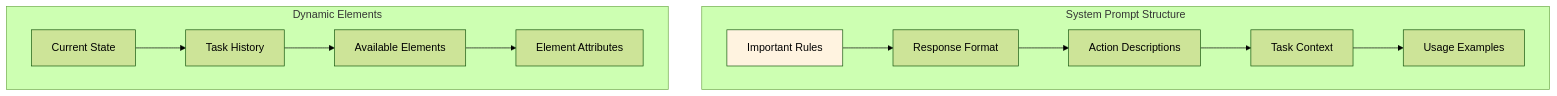
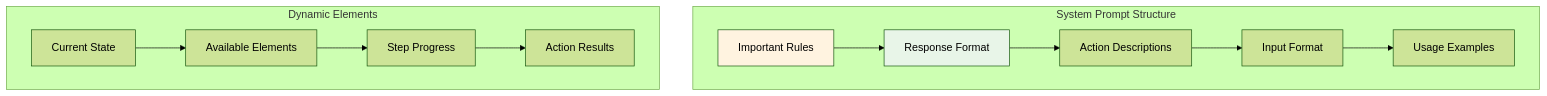
The fifth of 8 diagrams in docs/agent-implementation.md (Sathursan-S/Browser.AI), drawn with Mermaid (forest theme) before and after one commit. The commit also changed other lines of this file, not shown here.

````diff
--- a/docs/agent-implementation.md
+++ b/docs/agent-implementation.md
@@ -246,27 +290,28 @@
 ```mermaid
 graph TB
     subgraph "System Prompt Structure"
         Rules[Important Rules]
         Format[Response Format]
         Actions[Action Descriptions]
-        Context[Task Context]
+        Input[Input Format]
         Examples[Usage Examples]
     end
     
     subgraph "Dynamic Elements"
         State[Current State]
-        History[Task History]
         Elements[Available Elements]
-        Attributes[Element Attributes]
+        Progress[Step Progress]
+        Results[Action Results]
     end
     
     Rules --> Format
     Format --> Actions
-    Actions --> Context
-    Context --> Examples
-    State --> History
-    History --> Elements
-    Elements --> Attributes
+    Actions --> Input
+    Input --> Examples
+    State --> Elements
+    Elements --> Progress
+    Progress --> Results
     
     style Rules fill:#fff3e0
+    style Format fill:#e8f5e8
 ```
````
